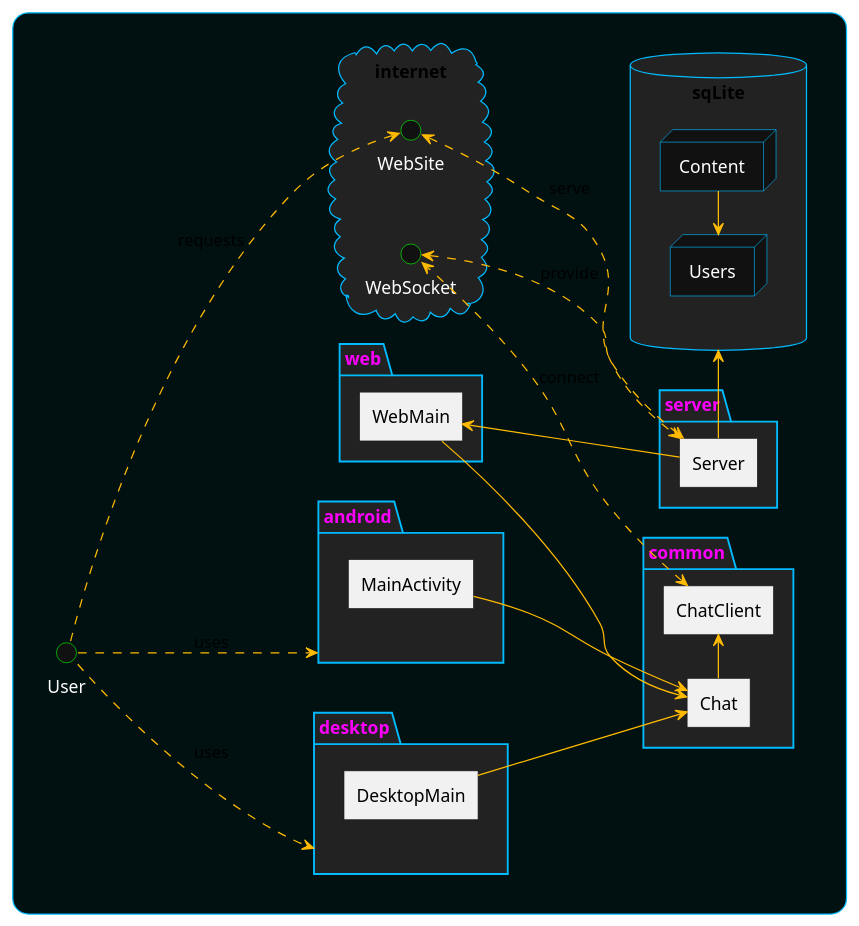
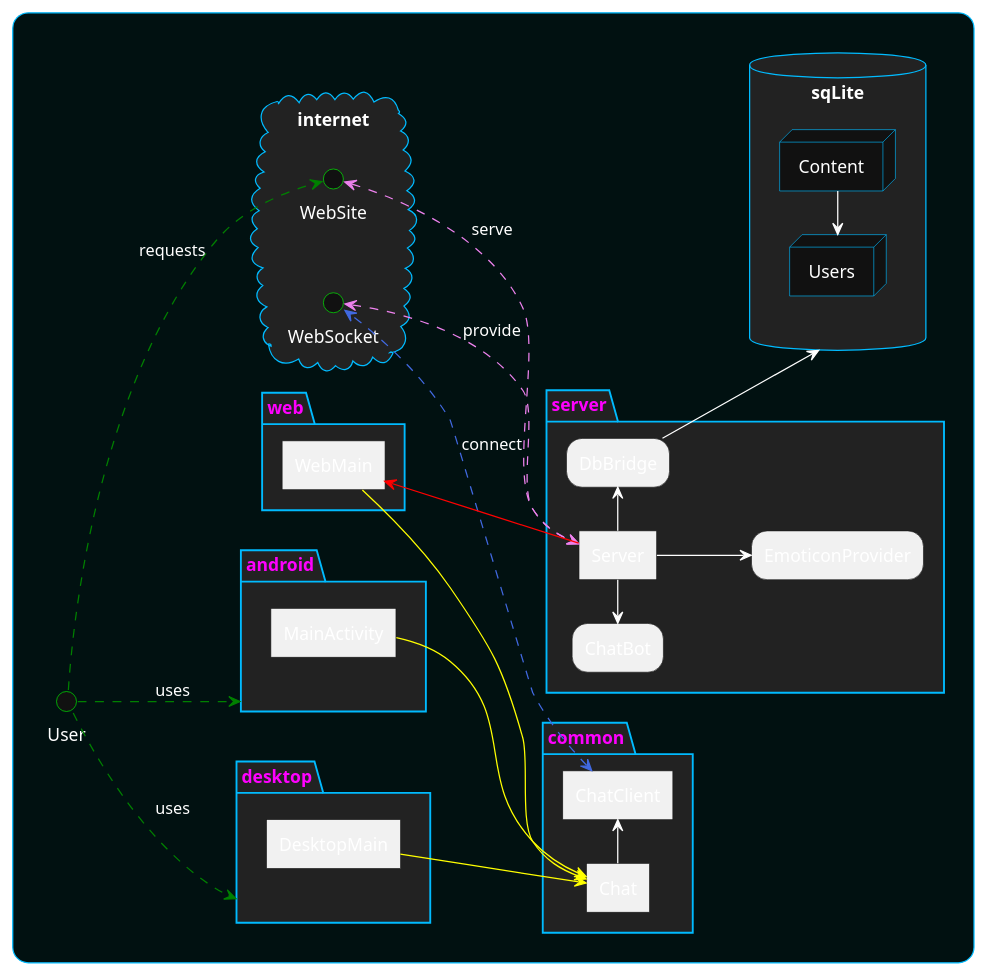
One commit to SaschaZ/KotlinMpChatDemo changed the diagram in doc/puml/Components.puml. Above: the diagram before and after it, drawn with PlantUML. The commit also changed 15 other files, not shown here.

```diff
--- a/doc/puml/Components.puml
+++ b/doc/puml/Components.puml
@@ -1,89 +1,92 @@
 @startuml
 'https://plantuml.com/component-diagram
 
 left to right direction
 '!theme cyborg-outline
 hide empty members
 
-'skinparam backgroundColor #111
+skinparam defaultFontColor #fff
 skinparam titleFontColor #fff
-skinparam arrowColor #FB0
+skinparam arrowColor #Fff
 skinparam packageBackgroundColor #222
 skinparam packageFontColor #f0f
 skinparam packageBorderColor #0BF
 skinparam rectangleBackgroundColor #011111
 skinparam rectangleFontColor #fff
 skinparam rectangleBorderColor #0BF
 skinparam frameBackgroundColor #011111
 skinparam nodeBackgroundColor #111
 skinparam nodeFontColor #fff
 skinparam nodeBorderColor #0BF
 skinparam interfaceBackgroundColor #111
 skinparam interfaceFontColor #FFF
 skinparam interfaceBorderColor #0F0
 skinparam componentStyle rectangle
 skinparam RoundCorner<<noRoundCorners>> 0
 hide package <<noRoundCorners>> stereotype
 hide rectangle <<noRoundCorners>> stereotype
 skinparam RoundCorner 25
 
-'title "__Multiplatform Chat Components__"
+left to right direction
 
 rectangle {
 package "common" as common.common <<noRoundCorners>> {
     component Chat <<noRoundCorners>>
     component ChatClient <<noRoundCorners>>
     [Chat] -> [ChatClient]
 }
 
 package desktop <<noRoundCorners>> {
     component DesktopMain <<noRoundCorners>>
-    [DesktopMain] --> [Chat]
+    [DesktopMain] -[#yellow]-> [Chat]
 }
 
 package android <<noRoundCorners>> {
     component MainActivity <<noRoundCorners>>
-    [MainActivity] --> [Chat]
+    [MainActivity] -[#yellow]-> [Chat]
 }
 
 package web <<noRoundCorners>> {
     component WebMain <<noRoundCorners>>
-    [WebMain] --> [Chat]
+    [WebMain] -[#yellow]-> [Chat]
 }
 
 interface User
 
-User ...> android : uses
-User ...> desktop : uses
+User .[#green].> android : uses
+User .[#green].> desktop : uses
 
 cloud internet {
-  [ChatClient] <..> WebSocket : connect
-  User ...> WebSite : requests
+  [ChatClient] <.[#royalblue].> WebSocket : connect
+  User .[#green].> WebSite : requests
 }
 
 
 package "server" <<noRoundCorners>> {
     component Server <<noRoundCorners>>
-  WebSocket <..> [Server] : provide
-  WebSite <..> [Server] : serve
-  [Server] --> [WebMain]
+  WebSocket <.[#violet].> [Server] : provide
+  WebSite <.[#violet].> [Server] : serve
+  [Server] -[#red]-> [WebMain]
+  [ChatBot] <- [Server]
+  [Server] -> [DbBridge]
+  [Server] --> [EmoticonProvider]
 }
 
 database "sqLite" {
     node Users
     node Content
     Users <- Content
 }
 
-[Server] -> sqLite
+[DbBridge] --> sqLite
 
 'hide common
 'hide sqLite
 'hide web
 'hide android
 'hide desktop
 'hide internet
 'hide server
 'hide User
 }
 @enduml
```
